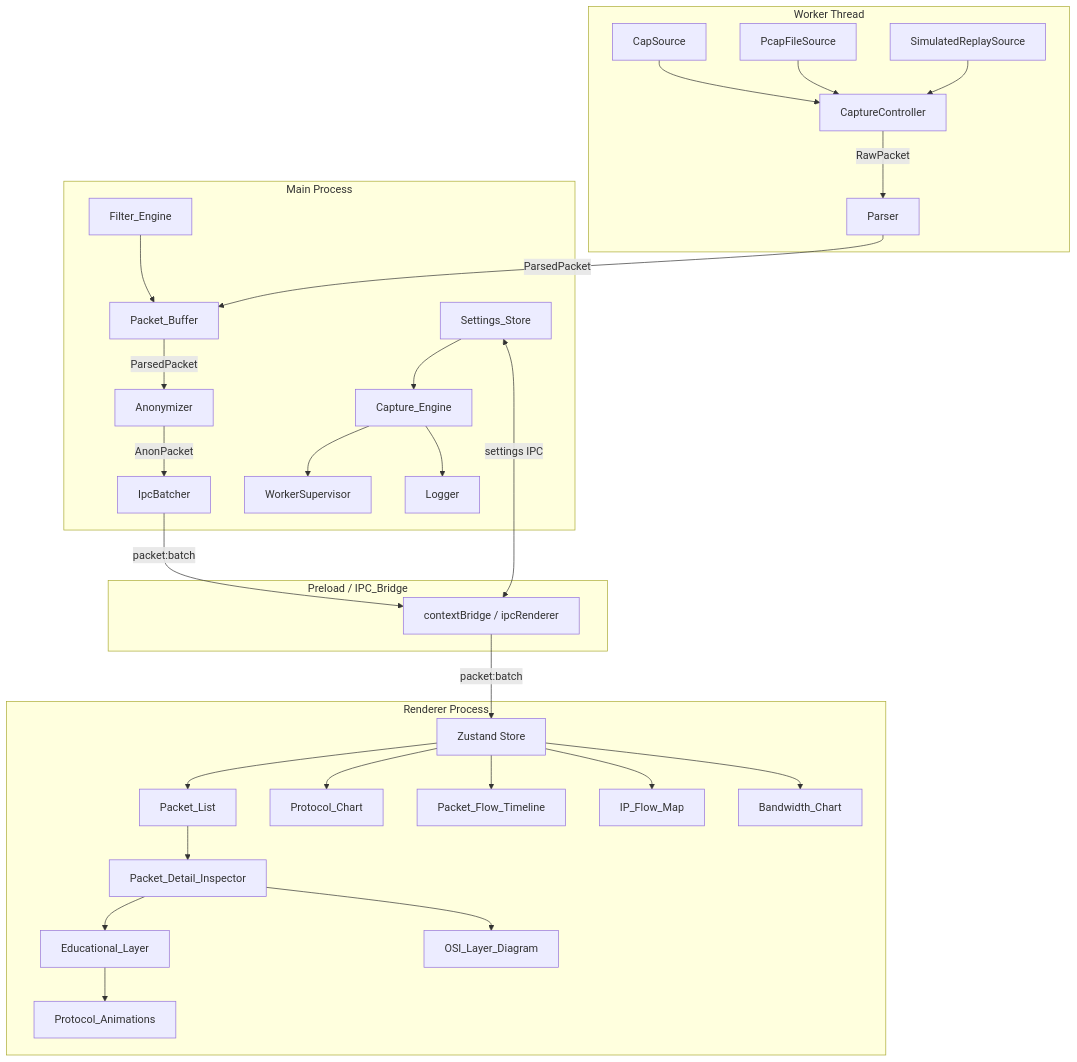
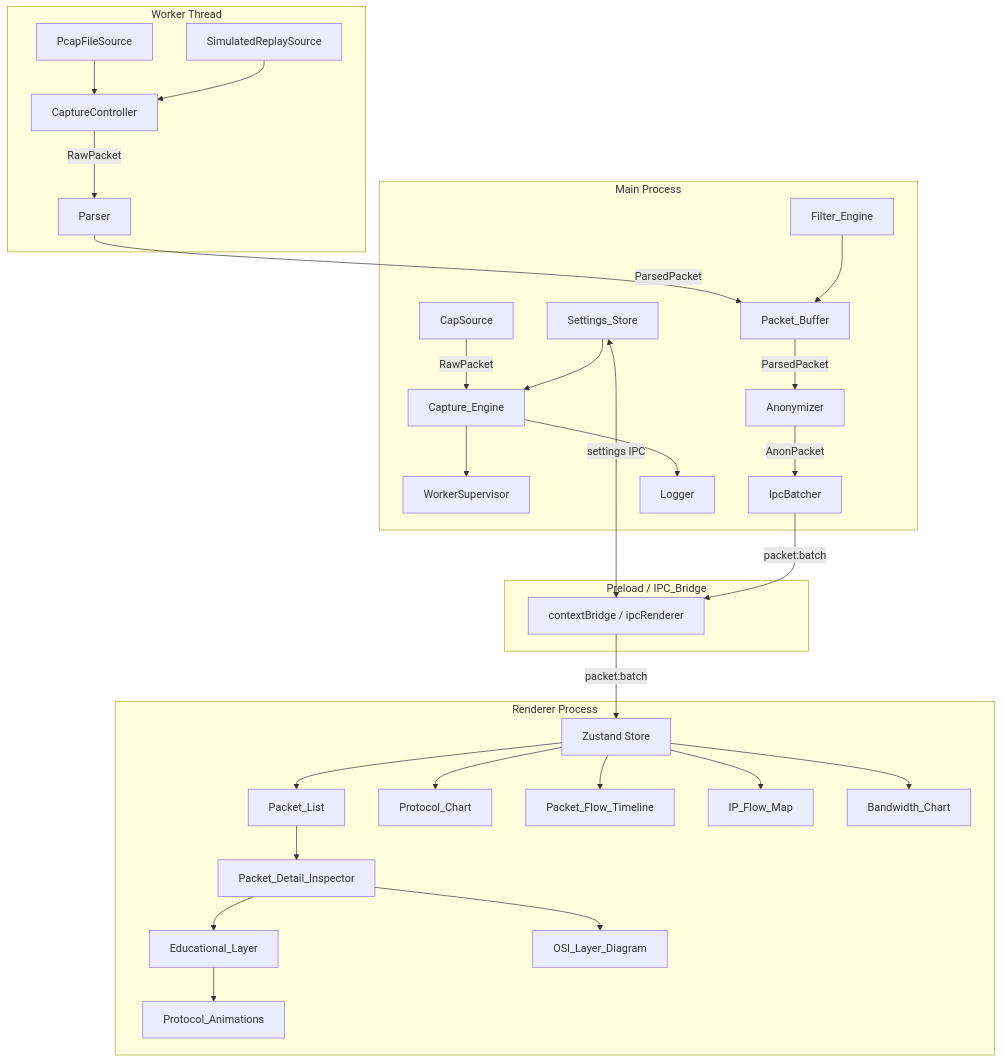
Before and after one commit to shashwatt735/NetVis: the diagram in .kiro/specs/netvis-core/design.md, drawn with Mermaid. The commit also changed other lines of this file and 48 other files, not shown here.

````diff
--- a/.kiro/specs/netvis-core/design.md
+++ b/.kiro/specs/netvis-core/design.md
@@ -24,62 +24,62 @@
 ```mermaid
 graph TD
   subgraph Worker Thread
     CC[CaptureController]
-    CS[CapSource]
     FS[PcapFileSource]
     RS[SimulatedReplaySource]
     PA[Parser]
-    CS --> CC
     FS --> CC
     RS --> CC
     CC -->|RawPacket| PA
   end
 
   subgraph Main Process
     CE[Capture_Engine]
+    CS[CapSource]
     WS[WorkerSupervisor]
     FE[Filter_Engine]
     AN[Anonymizer]
     PB[Packet_Buffer]
     IB[IpcBatcher]
     LG[Logger]
     ST[Settings_Store]
+    CS -->|RawPacket| CE
     CE --> WS
     PA -->|ParsedPacket| PB
     PB -->|ParsedPacket| AN
     AN -->|AnonPacket| IB
     CE --> LG
     ST --> CE
     FE --> PB
   end
 
   subgraph Preload / IPC_Bridge
     IPC[contextBridge / ipcRenderer]
     ST <-->|settings IPC| IPC
   end
 
   subgraph Renderer Process
     ZS[Zustand Store]
     PL[Packet_List]
     PDI[Packet_Detail_Inspector]
     PC[Protocol_Chart]
     PFT[Packet_Flow_Timeline]
     EL[Educational_Layer]
     OSI[OSI_Layer_Diagram]
     IFM[IP_Flow_Map]
     BC[Bandwidth_Chart]
     ANIM[Protocol_Animations]
     IPC -->|packet:batch| ZS
     ZS --> PL
     ZS --> PC
     ZS --> PFT
     PL --> PDI
     PDI --> EL
     PDI --> OSI
     ZS --> IFM
     ZS --> BC
     EL --> ANIM
   end
 
   IB -->|packet:batch| IPC
 ```
````
